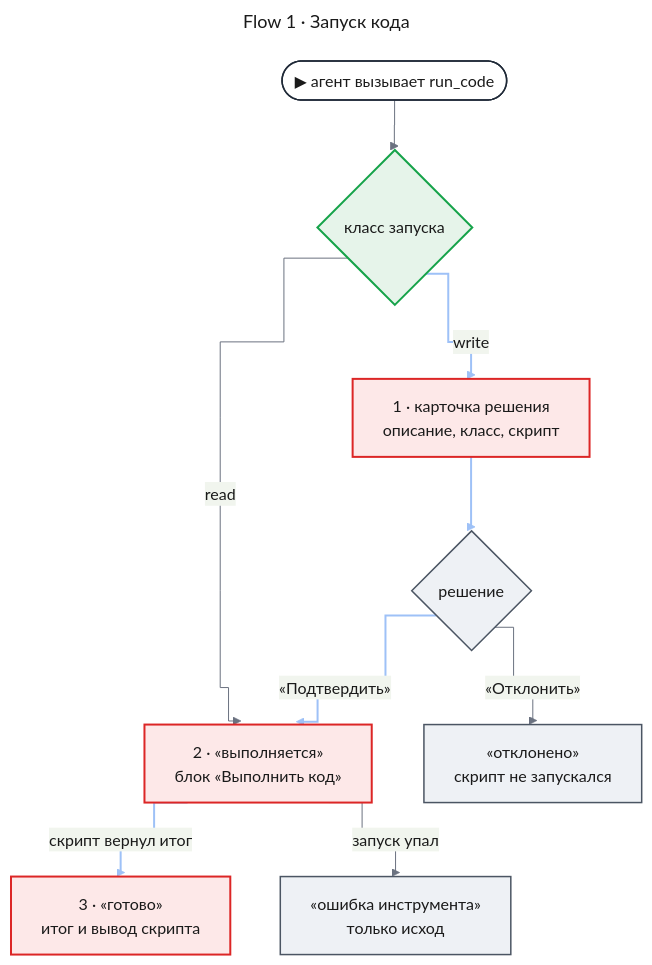
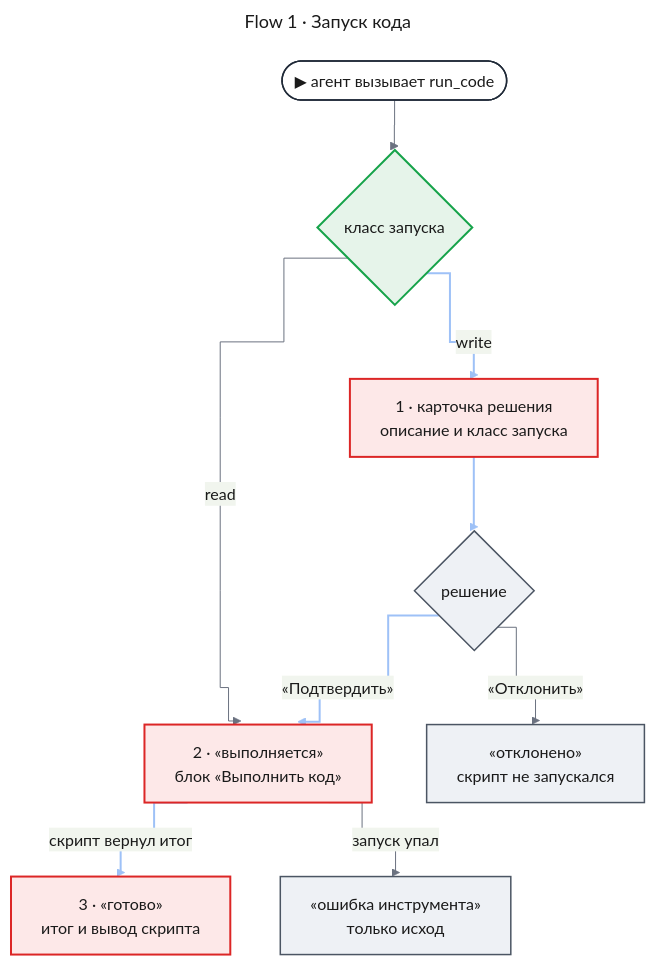
The diagram in docs/features/code-execution/uxrd.md (tundraray/agent-os), drawn with Mermaid before and after one commit. The commit also changed other lines of this file and 2 other files, not shown here.

````diff
--- a/docs/features/code-execution/uxrd.md
+++ b/docs/features/code-execution/uxrd.md
@@ -49,50 +49,50 @@
 ```mermaid
 ---
 title: "Flow 1 · Запуск кода"
 config:
   theme: base
   look: classic
   themeVariables:
     primaryColor: "#eef1f5"
     primaryBorderColor: "#4b5563"
     primaryTextColor: "#1a1a1a"
     lineColor: "#6b7280"
   flowchart:
     curve: step
   themeCSS: |
     @keyframes litr_ce1{0%,22.5%{stroke:#1d4ed8;stroke-width:6px}25%,100%{stroke:#9ec1f7;stroke-width:2px}}
 ---
 flowchart TD
     entry(["▶ агент вызывает run_code"])
     cls{"класс запуска"}
-    card["1 · карточка решения<br/>описание, класс, скрипт"]
+    card["1 · карточка решения<br/>описание и класс запуска"]
     choice{"решение"}
     running["2 · «выполняется»<br/>блок «Выполнить код»"]
     ok["3 · «готово»<br/>итог и вывод скрипта"]
     fail["«ошибка инструмента»<br/>только исход"]
     rej["«отклонено»<br/>скрипт не запускался"]
     entry --> cls
     cls e1@-->|"write"| card
     card e2@--> choice
     choice e3@-->|"«Подтвердить»"| running
     running e4@-->|"скрипт вернул итог"| ok
     cls -->|"read"| running
     running -->|"запуск упал"| fail
     choice -->|"«Отклонить»"| rej
     classDef entry fill:#ffffff,stroke:#1f2937,stroke-width:1.5px,color:#1a1a1a
     classDef changed fill:#fde8e8,stroke:#dc2626,stroke-width:2px,color:#1a1a1a
     classDef new fill:#e6f4ea,stroke:#16a34a,stroke-width:2px,color:#1a1a1a
     classDef unchanged fill:#eef1f5,stroke:#4b5563,stroke-width:1.5px,color:#1a1a1a
     classDef r1 stroke:#9ec1f7,stroke-width:2px,animation:litr_ce1 4.8s linear 0s infinite
     classDef r2 stroke:#9ec1f7,stroke-width:2px,animation:litr_ce1 4.8s linear 1.2s infinite
     classDef r3 stroke:#9ec1f7,stroke-width:2px,animation:litr_ce1 4.8s linear 2.4s infinite
     classDef r4 stroke:#9ec1f7,stroke-width:2px,animation:litr_ce1 4.8s linear 3.6s infinite
     class entry entry
     class cls new
     class card,running,ok changed
     class choice,fail,rej unchanged
     class e1 r1
     class e2 r2
     class e3 r3
     class e4 r4
 ```
````
